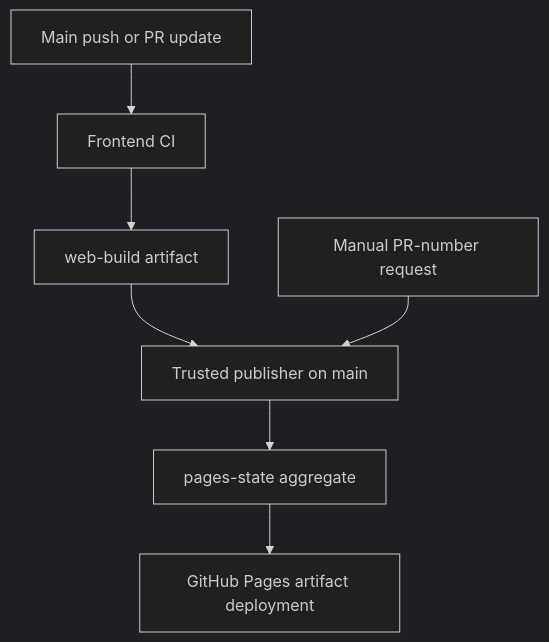
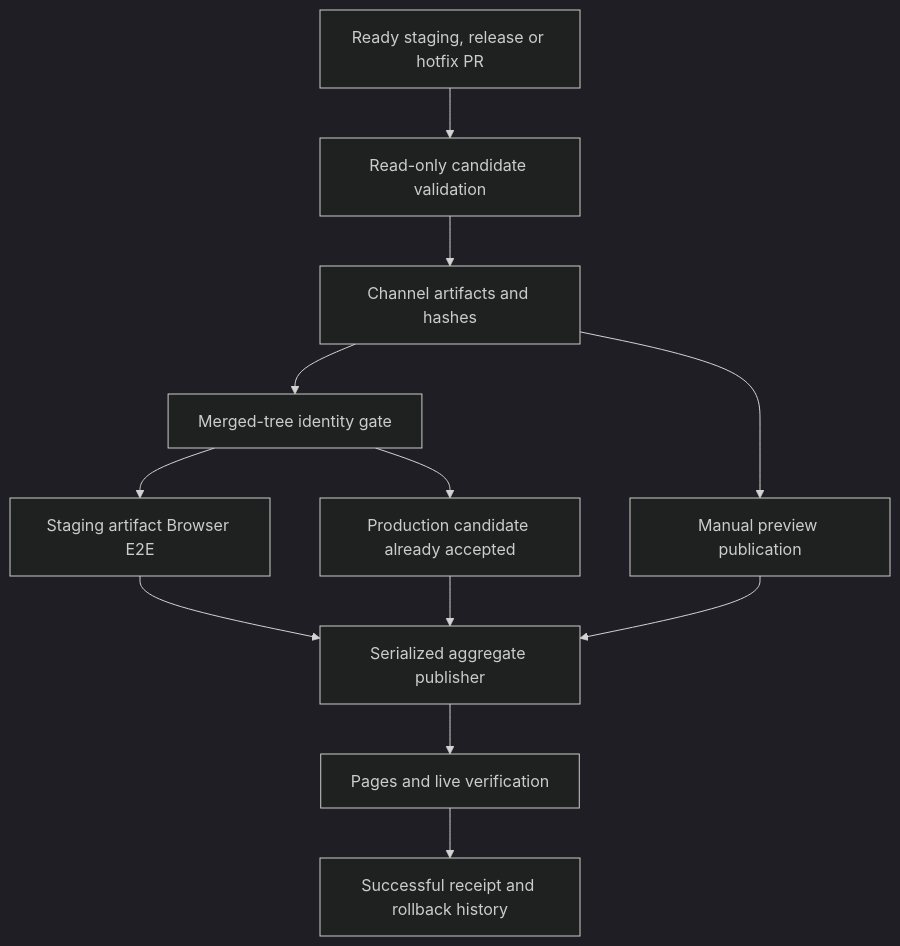
Before and after one commit to HimanshuHD/papertrail-reader: the diagram in docs/architecture/deployment.md, drawn with Mermaid (dark theme). The commit also changed other lines of this file and 38 other files, not shown here.

````diff
--- a/docs/architecture/deployment.md
+++ b/docs/architecture/deployment.md
@@ -31,9 +7,14 @@
 ```mermaid
 flowchart TD
-  Source["Main push or PR update"] --> CI["Frontend CI"]
-  CI --> Build["web-build artifact"]
-  Build --> Publisher["Trusted publisher on main"]
-  Manual["Manual PR-number request"] --> Publisher
-  Publisher --> State["pages-state aggregate"]
-  State --> Pages["GitHub Pages artifact deployment"]
+  PR["Ready staging, release or hotfix PR"] --> CI["Read-only candidate validation"]
+  CI --> Artifact["Channel artifacts and hashes"]
+  Artifact --> Preview["Manual preview publication"]
+  Artifact --> Merge["Merged-tree identity gate"]
+  Merge --> Stage["Staging artifact Browser E2E"]
+  Merge --> Production["Production candidate already accepted"]
+  Stage --> Publisher["Serialized aggregate publisher"]
+  Production --> Publisher
+  Preview --> Publisher
+  Publisher --> Live["Pages and live verification"]
+  Live --> Receipt["Successful receipt and rollback history"]
 ```
````
